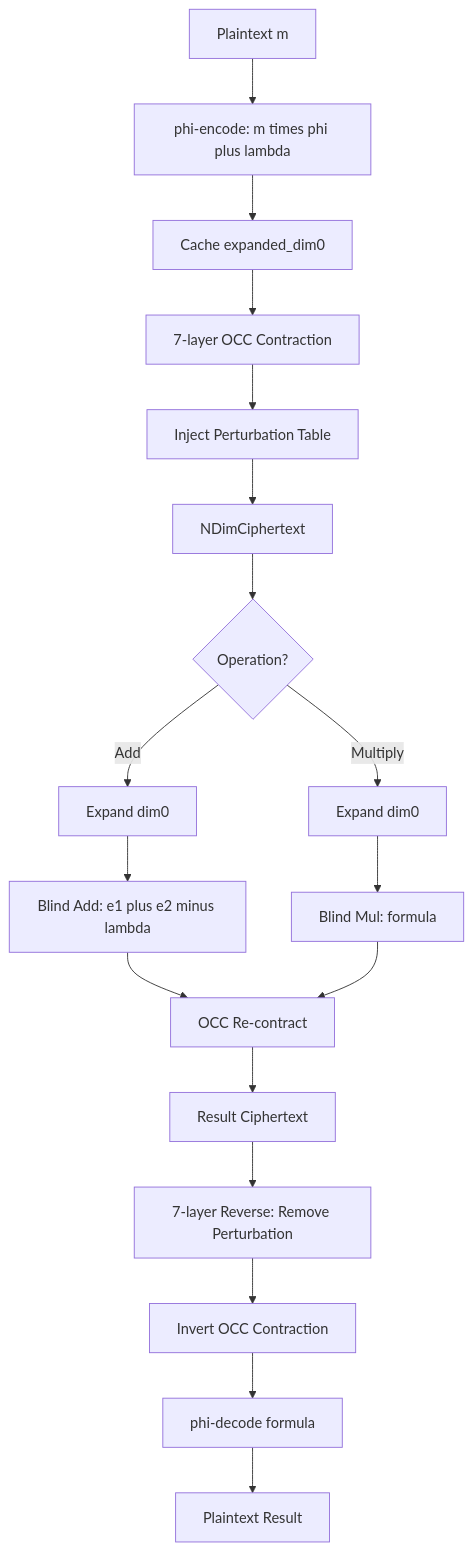
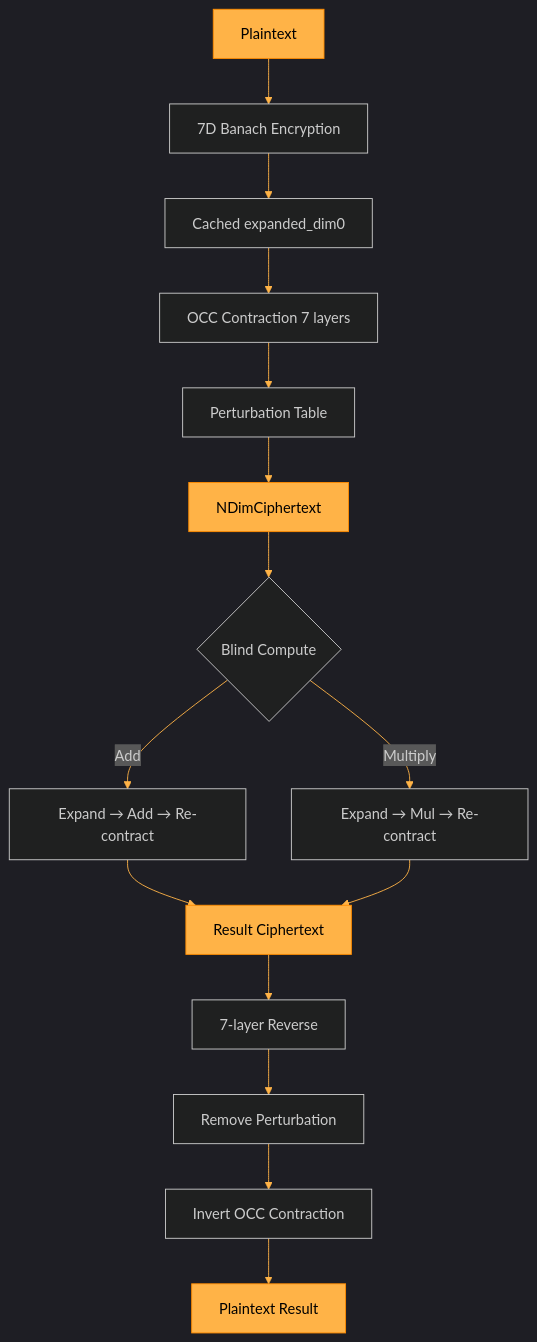
Before and after one commit to primordialomegazero/femmgFHE: the diagram in README.md, drawn with Mermaid. The commit also changed other lines of this file, not shown here.

First line of the commit message:
docs: Ultimate README v17.4 — black/gold mermaid, full info, clean

````diff
--- a/README.md
+++ b/README.md
@@ -174,22 +55,25 @@
 ```mermaid
-flowchart TD
-    A[Plaintext m] --> B[phi-encode: m times phi plus lambda]
-    B --> C[Cache expanded_dim0]
-    C --> D[7-layer OCC Contraction]
-    D --> E[Inject Perturbation Table]
-    E --> F[NDimCiphertext]
-    
-    F --> G{Operation?}
-    G -->|Add| H[Expand dim0]
-    G -->|Multiply| I[Expand dim0]
-    H --> J[Blind Add: e1 plus e2 minus lambda]
-    I --> K[Blind Mul: formula]
-    J --> L[OCC Re-contract]
-    K --> L
-    L --> M[Result Ciphertext]
-    
-    M --> N[7-layer Reverse: Remove Perturbation]
-    N --> O[Invert OCC Contraction]
-    O --> P[phi-decode formula]
-    P --> Q[Plaintext Result]
+%%{init: {'theme':'dark','themeVariables': {'primaryColor':'#ffb347','primaryTextColor':'#000','primaryBorderColor':'#ff8c00','lineColor':'#ffb347','secondaryColor':'#1a1a2e','tertiaryColor':'#16213e'}}}%%
+graph TB
+    A["Plaintext"] --> B["7D Banach Encryption"]
+    B --> C["Cached expanded_dim0"]
+    C --> D["OCC Contraction 7 layers"]
+    D --> E["Perturbation Table"]
+    E --> F["NDimCiphertext"]
+
+    F --> G{"Blind Compute"}
+    G -->|Add| H["Expand → Add → Re-contract"]
+    G -->|Multiply| I["Expand → Mul → Re-contract"]
+    H --> J["Result Ciphertext"]
+    I --> J
+
+    J --> K["7-layer Reverse"]
+    K --> L["Remove Perturbation"]
+    L --> M["Invert OCC Contraction"]
+    M --> N["Plaintext Result"]
+
+    style A fill:#ffb347,stroke:#ff8c00,color:#000
+    style F fill:#ffb347,stroke:#ff8c00,color:#000
+    style J fill:#ffb347,stroke:#ff8c00,color:#000
+    style N fill:#ffb347,stroke:#ff8c00,color:#000
 ```
````
